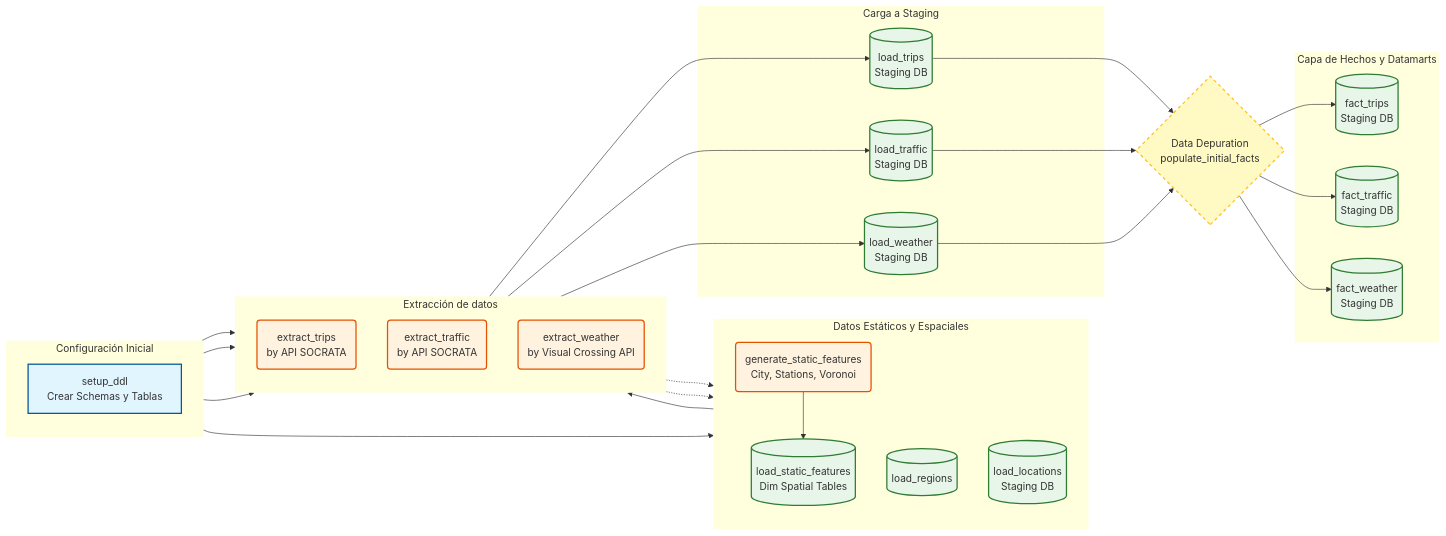
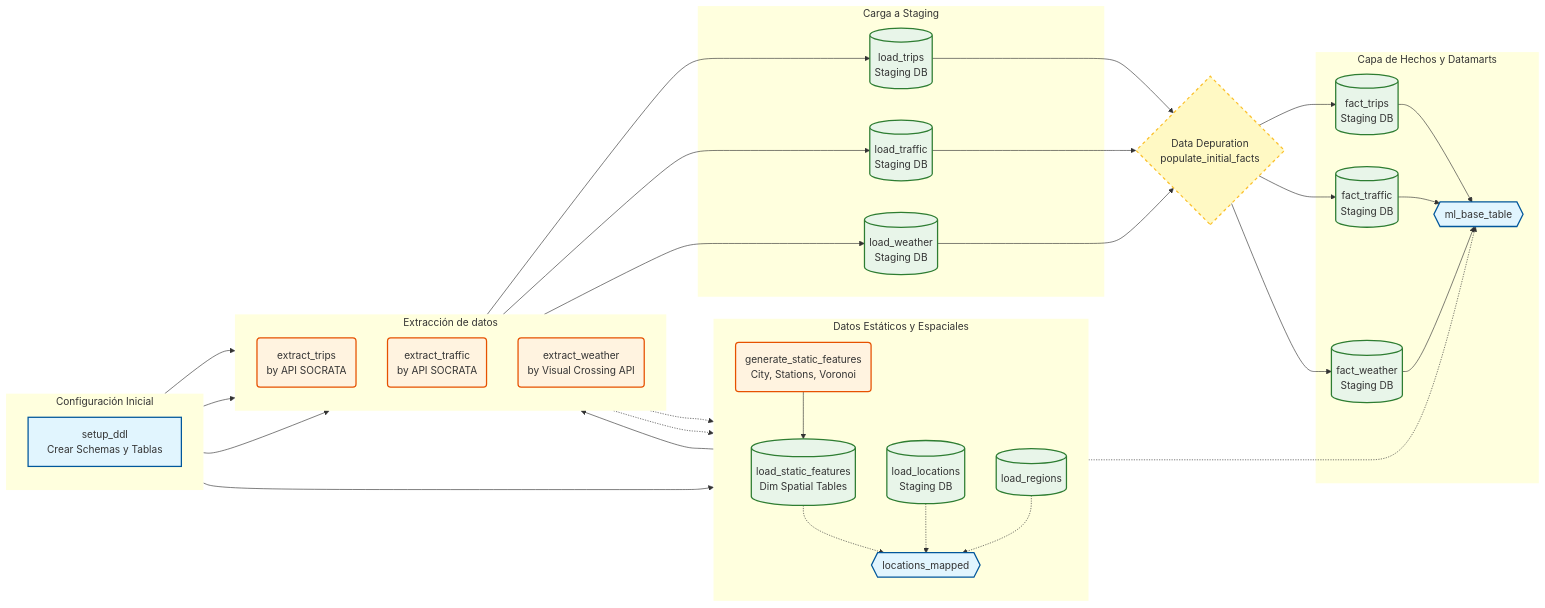
Before and after one commit to tepeve/chicago_rstrips: the first of 2 diagrams in README.md, drawn with Mermaid. The commit also changed other lines of this file, not shown here.

````diff
--- a/README.md
+++ b/README.md
@@ -85,6 +85,7 @@
         LOAD_STATIC[("load_static_features<br>Dim Spatial Tables")]
         LOAD_REGIONS[("load_regions<br>")]
         LOAD_LOCS[("load_locations<br>Staging DB")]
+        MAP_LOCS{{"locations_mapped"}}
   end
  subgraph Ingestion["Extracción de datos"]
     direction TB
@@ -101,6 +102,7 @@
         FACT_TRIPS[("fact_trips<br>Staging DB")]
         FACT_TRAFFIC[("fact_traffic<br>Staging DB")]
         FACT_WEATHER[("fact_weather<br>Staging DB")]
+        ML_TABLE{{"ml_base_table"}}
   end
     DDL --> GEN_STATIC & EXT_TRIPS & EXT_TRAFFIC & EXT_WEATHER
     GEN_STATIC --> LOAD_STATIC
@@ -113,12 +115,21 @@
     LOAD_TRAFFIC --> VERIFY
     LOAD_WEATHER --> VERIFY
     VERIFY --> FACT_TRIPS & FACT_TRAFFIC & FACT_WEATHER
+    FACT_TRIPS --> ML_TABLE
+    FACT_TRAFFIC --> ML_TABLE
+    FACT_WEATHER --> ML_TABLE
     LOAD_STATIC --> EXT_WEATHER
+    LOAD_STATIC -.-> MAP_LOCS
+    LOAD_LOCS -.-> MAP_LOCS
+    LOAD_REGIONS -.-> MAP_LOCS
+    MAP_LOCS -.-> ML_TABLE
+
      DDL:::setup
      GEN_STATIC:::extract
      LOAD_STATIC:::db
      LOAD_REGIONS:::db
      LOAD_LOCS:::db
+     MAP_LOCS:::setup
      EXT_TRIPS:::extract
      EXT_TRAFFIC:::extract
      EXT_WEATHER:::extract
@@ -128,16 +139,16 @@
      FACT_TRIPS:::db
      FACT_TRAFFIC:::db
      FACT_WEATHER:::db
+     ML_TABLE:::setup
      VERIFY:::check
     classDef setup fill:#e1f5fe,stroke:#01579b,stroke-width:2px
+    classDef transform fill:#f3e5f5,stroke:#7b1fa2,stroke-width:2px
     classDef extract fill:#fff3e0,stroke:#e65100,stroke-width:2px
     classDef db fill:#e8f5e9,stroke:#2e7d32,stroke-width:2px
-    classDef transform fill:#f3e5f5,stroke:#7b1fa2,stroke-width:2px
     classDef check fill:#fff9c4,stroke:#fbc02d,stroke-width:2px,stroke-dasharray: 5 5
     style Static stroke:none
     style Setup stroke:none
     style Ingestion stroke:none
     style Staging stroke:none
     style Facts stroke:none
-
 ```
````
